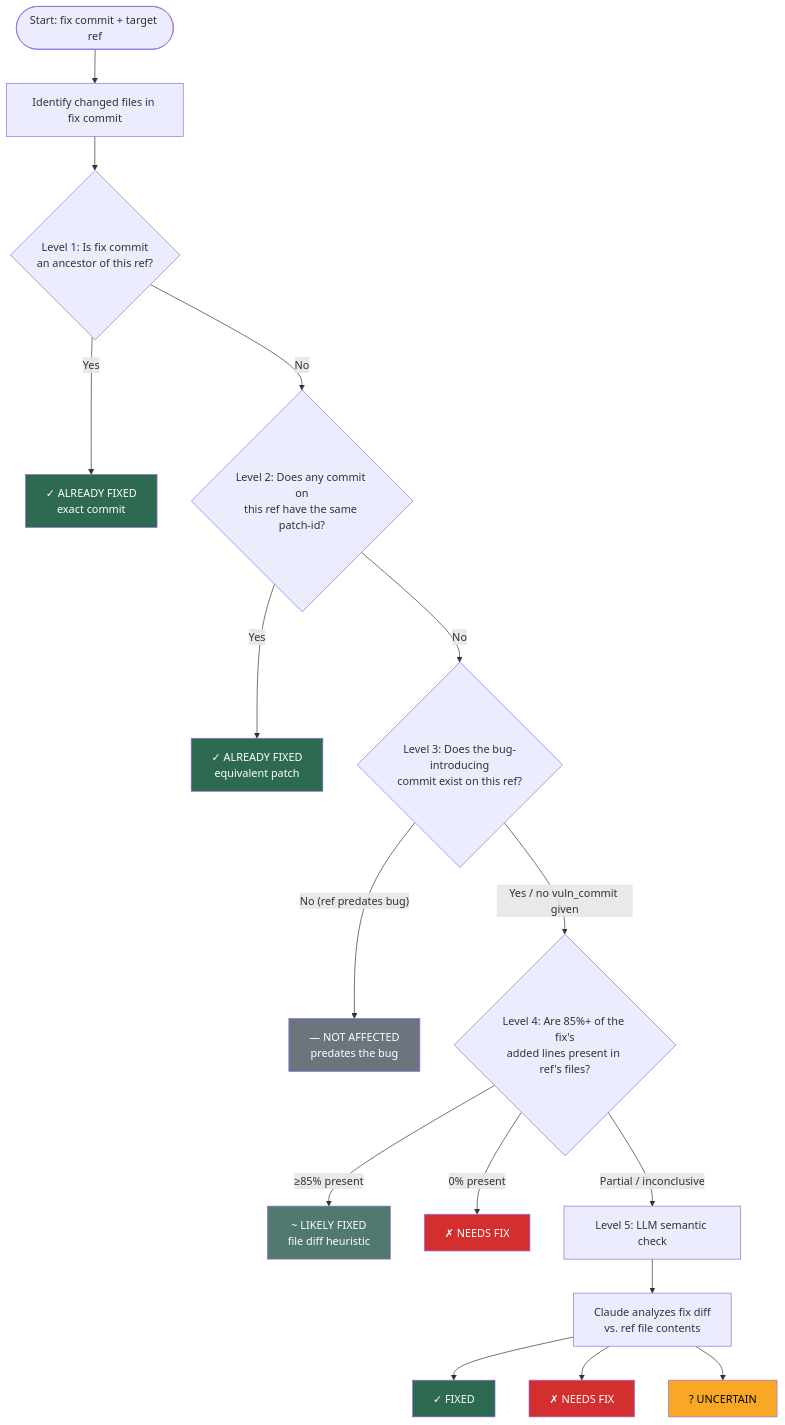
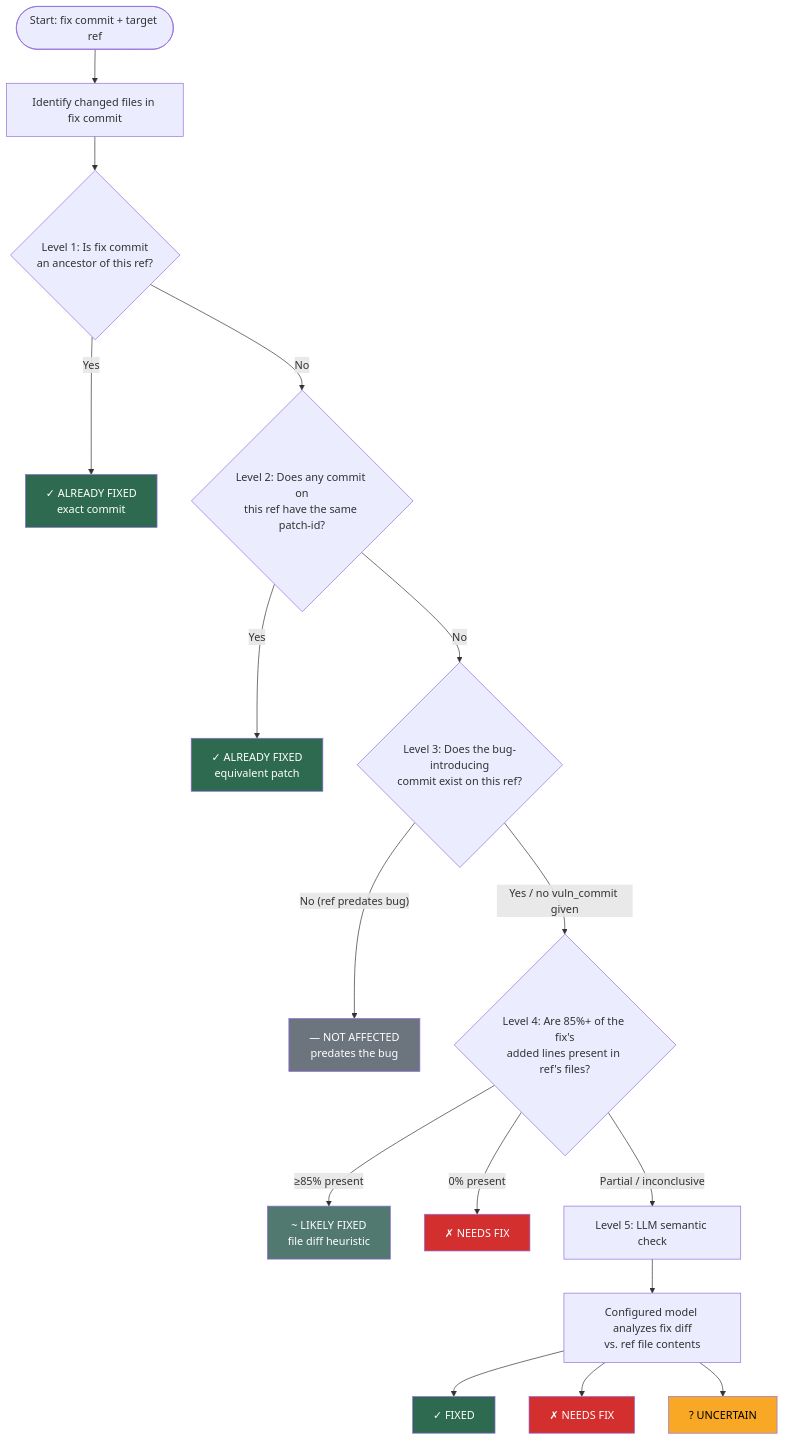
One commit to amalgamator-ai/amalgamator changed the diagram in backport_scanner/README.md. Above: the diagram before and after it, drawn with Mermaid. The commit also changed other lines of this file and 8 other files, not shown here.

````diff
--- a/backport_scanner/README.md
+++ b/backport_scanner/README.md
@@ -26,32 +26,32 @@
 ```mermaid
 flowchart TD
     START([Start: fix commit + target ref]) --> FILES[Identify changed files in fix commit]
     FILES --> L1{Level 1: Is fix commit<br/>an ancestor of this ref?}
 
     L1 -- Yes --> EXACT[✓ ALREADY FIXED<br/>exact commit]
     L1 -- No --> L2{Level 2: Does any commit on<br/>this ref have the same patch-id?}
 
     L2 -- Yes --> EQUIV[✓ ALREADY FIXED<br/>equivalent patch]
     L2 -- No --> L3{Level 3: Does the bug-introducing<br/>commit exist on this ref?}
 
     L3 -- "No (ref predates bug)" --> NOTAFF[— NOT AFFECTED<br/>predates the bug]
     L3 -- "Yes / no vuln_commit given" --> L4{Level 4: Are 85%+ of the fix's<br/>added lines present in ref's files?}
 
     L4 -- "≥85% present" --> LIKELY[~ LIKELY FIXED<br/>file diff heuristic]
     L4 -- "0% present" --> NEEDS[✗ NEEDS FIX]
     L4 -- "Partial / inconclusive" --> L5[Level 5: LLM semantic check]
 
-    L5 --> LLM[Claude analyzes fix diff<br/>vs. ref file contents]
+    L5 --> LLM[Configured model analyzes fix diff<br/>vs. ref file contents]
     LLM --> LLM_FIXED[✓ FIXED]
     LLM --> LLM_NEEDS[✗ NEEDS FIX]
     LLM --> LLM_UNC[? UNCERTAIN]
 
     style EXACT fill:#2d6a4f,color:#fff
     style EQUIV fill:#2d6a4f,color:#fff
     style LIKELY fill:#52796f,color:#fff
     style NOTAFF fill:#6c757d,color:#fff
     style NEEDS fill:#d32f2f,color:#fff
     style LLM_FIXED fill:#2d6a4f,color:#fff
     style LLM_NEEDS fill:#d32f2f,color:#fff
     style LLM_UNC fill:#f9a825,color:#000
 ```
````
